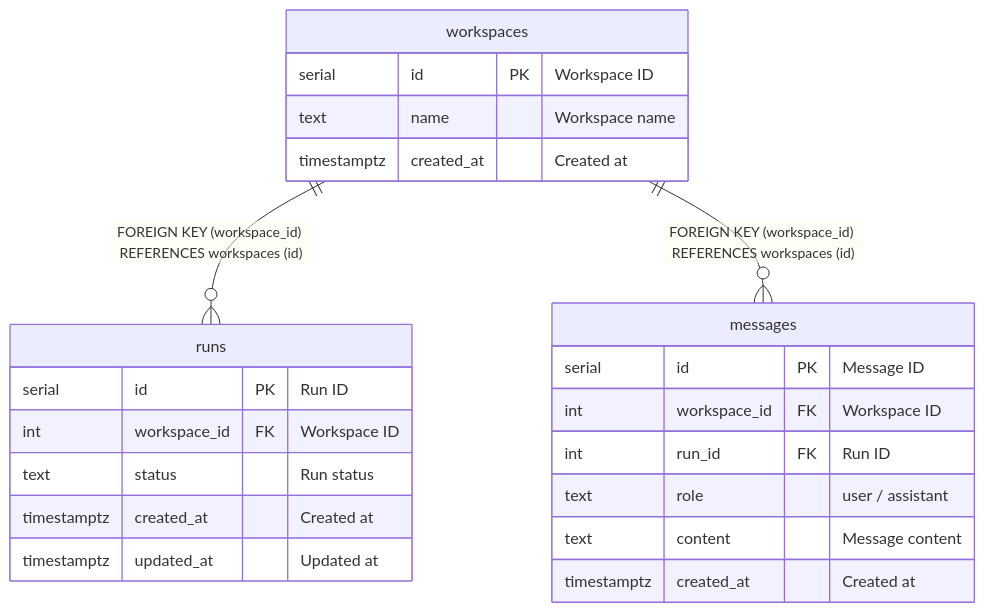
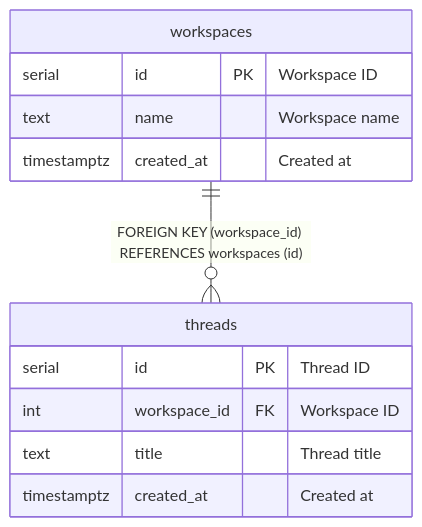
Before and after one commit to k-kanke/ai-workspace-platform: the diagram in docs/schema/workspaces.md, drawn with Mermaid. The commit also changed other lines of this file and 5 other files, not shown here.

````diff
--- a/docs/schema/workspaces.md
+++ b/docs/schema/workspaces.md
@@ -40,27 +40,17 @@
 ```mermaid
 erDiagram
 
-"workspaces" ||--o{ "runs" : "FOREIGN KEY (workspace_id) REFERENCES workspaces (id)"
-"workspaces" ||--o{ "messages" : "FOREIGN KEY (workspace_id) REFERENCES workspaces (id)"
+"workspaces" ||--o{ "threads" : "FOREIGN KEY (workspace_id) REFERENCES workspaces (id)"
 
 "workspaces" {
   serial id PK "Workspace ID"
   text name "Workspace name"
   timestamptz created_at "Created at"
 }
-"runs" {
-  serial id PK "Run ID"
+"threads" {
+  serial id PK "Thread ID"
   int workspace_id FK "Workspace ID"
-  text status "Run status"
-  timestamptz created_at "Created at"
-  timestamptz updated_at "Updated at"
-}
-"messages" {
-  serial id PK "Message ID"
-  int workspace_id FK "Workspace ID"
-  int run_id FK "Run ID"
-  text role "user / assistant"
-  text content "Message content"
+  text title "Thread title"
   timestamptz created_at "Created at"
 }
 ```
````
